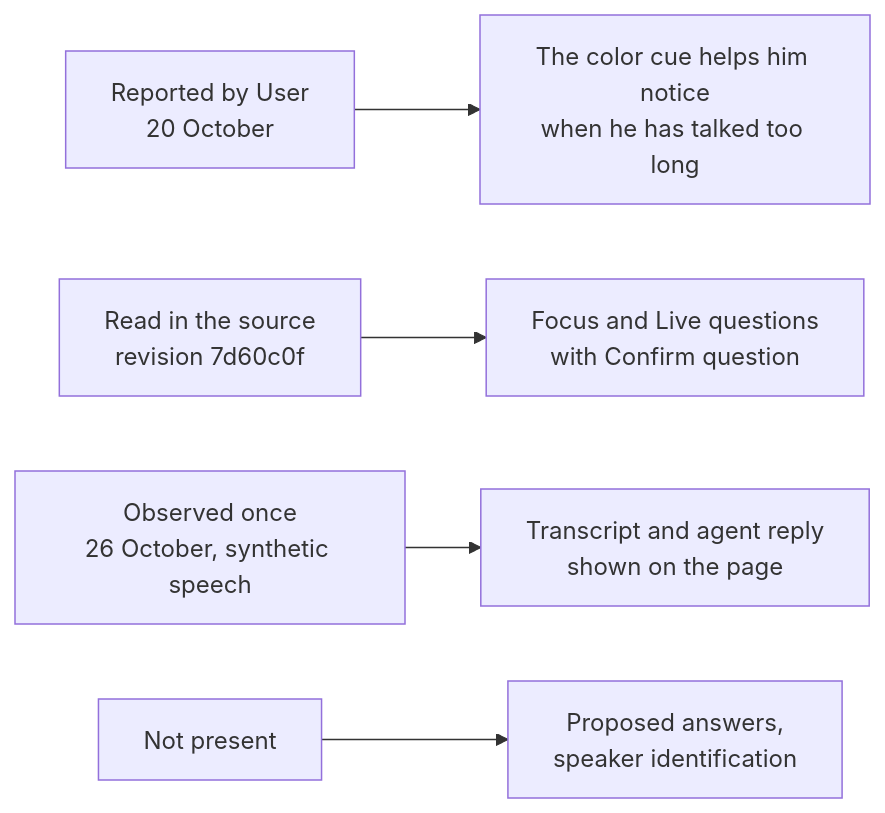
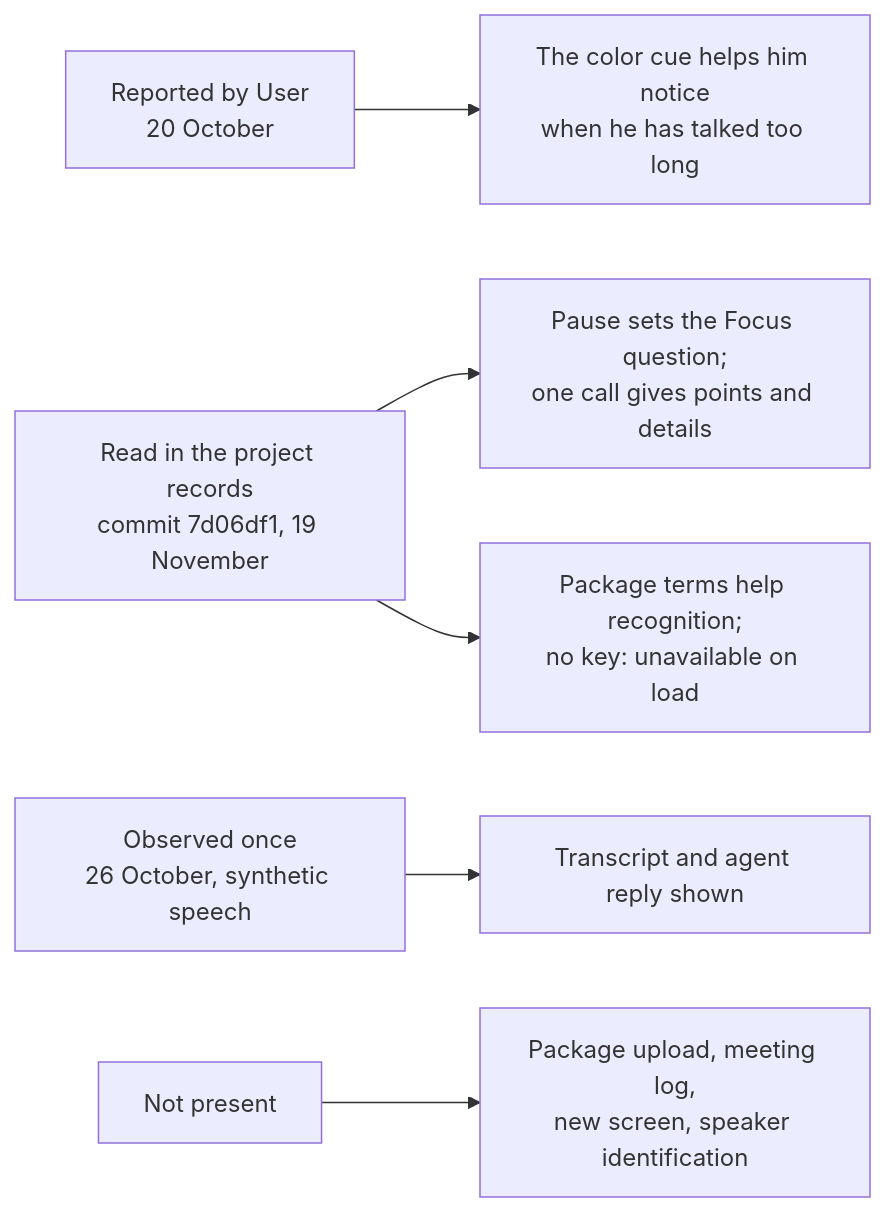
One commit to Elustondo-ai/alice.good.meetings changed the diagram in docs/asdg/02-purpose/02-current-capabilities.md. Above: the diagram before and after it, drawn with Mermaid. The commit also changed other lines of this file and 95 other files, not shown here.

````diff
--- a/docs/asdg/02-purpose/02-current-capabilities.md
+++ b/docs/asdg/02-purpose/02-current-capabilities.md
@@ -5,7 +5,8 @@
 ```mermaid
 flowchart LR
     R["Reported by User<br/>20 October"] --> C["The color cue helps him notice<br/>when he has talked too long"]
-    S["Read in the source<br/>revision 7d60c0f"] --> F["Focus and Live questions<br/>with Confirm question"]
-    O["Observed once<br/>26 October, synthetic speech"] --> T["Transcript and agent reply<br/>shown on the page"]
-    N["Not present"] --> X["Proposed answers,<br/>speaker identification"]
+    S["Read in the project records<br/>commit 7d06df1, 19 November"] --> F["Pause sets the Focus question;<br/>one call gives points and details"]
+    S --> V["Package terms help recognition;<br/>no key: unavailable on load"]
+    O["Observed once<br/>26 October, synthetic speech"] --> T["Transcript and agent reply shown"]
+    N["Not present"] --> X["Package upload, meeting log,<br/>new screen, speaker identification"]
 ```
````
